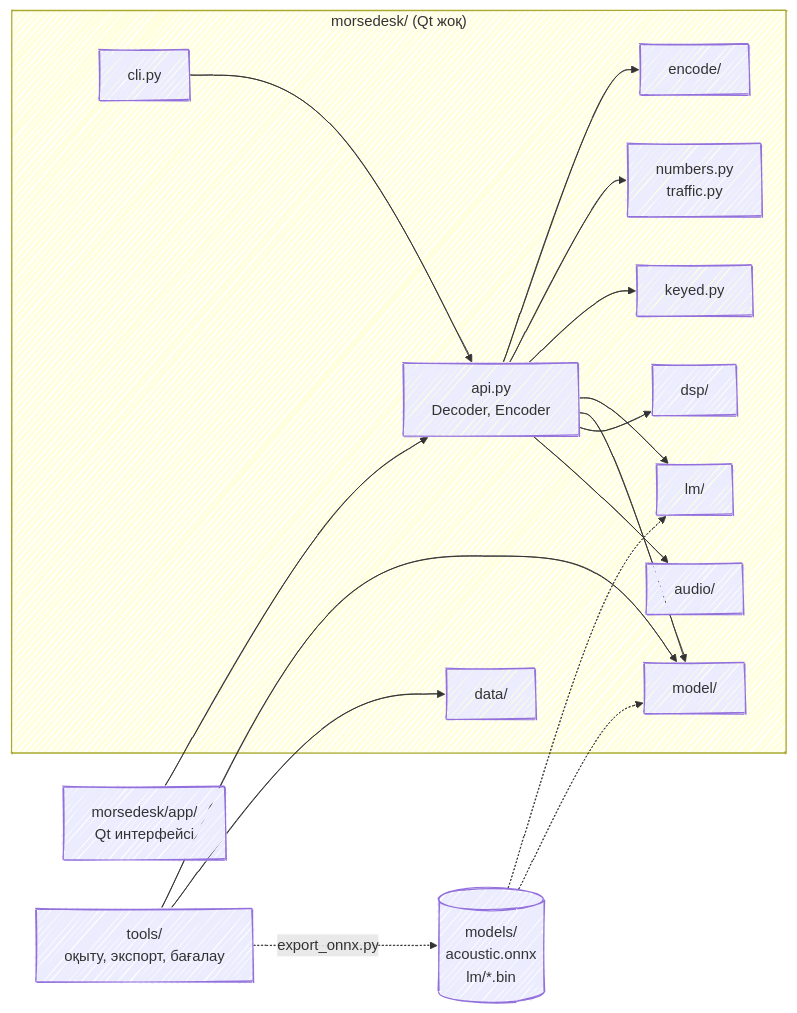
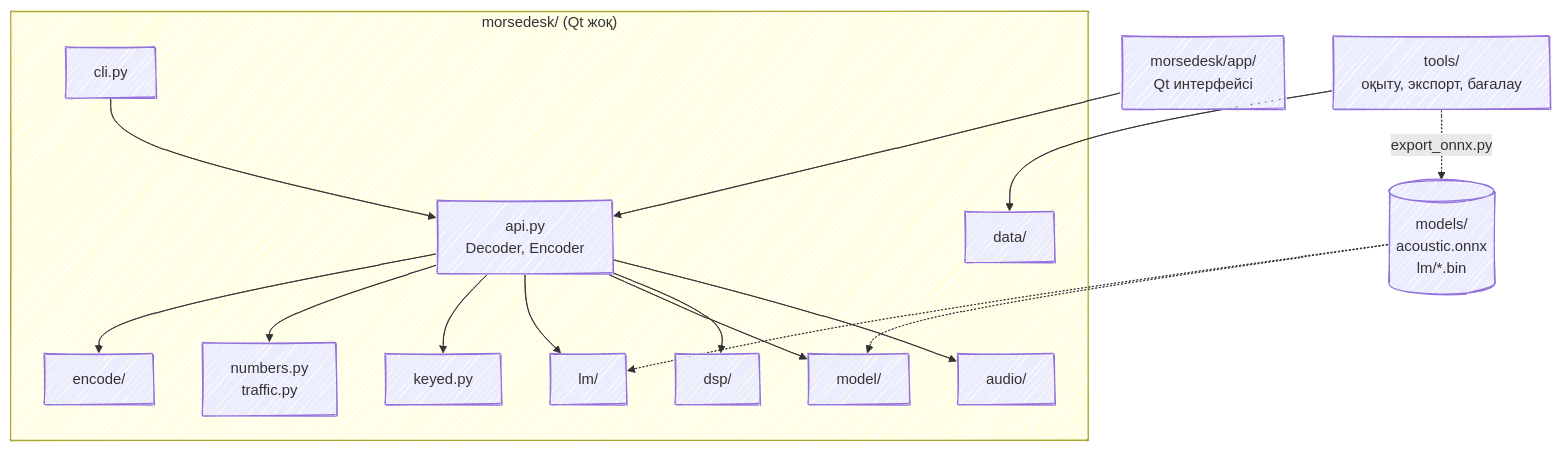
One commit to manh2303code/morsedesk changed the diagram in README.kk.md. Above: the diagram before and after it, drawn with Mermaid. The commit also changed 2 other files, not shown here.

Commit message:
README: đồ thị phụ thuộc vẽ từ trên xuống (api.py tỏa xuống các module)
Bản trái sang phải đặt app/ và tools/ dưới đáy, mũi tên cắt chéo cả khung lõi.

Claude-Session: https://claude.ai/code/session_011pHgLd9ypHm91tS6n5mkvV

````diff
--- a/README.kk.md
+++ b/README.kk.md
@@ -57,24 +57,23 @@
 ```mermaid
 ---
 config:
   look: handDrawn
 ---
-flowchart LR
+flowchart TB
   app["morsedesk/app/<br/>Qt интерфейсі"] --> api
   subgraph core["morsedesk/ (Qt жоқ)"]
     cli["cli.py"] --> api["api.py<br/>Decoder, Encoder"]
     api --> audio["audio/"]
     api --> dsp["dsp/"]
     api --> model["model/"]
     api --> lm["lm/"]
     api --> keyed["keyed.py"]
     api --> traffic["numbers.py<br/>traffic.py"]
     api --> encode["encode/"]
     data["data/"]
   end
-  models[("models/<br/>acoustic.onnx<br/>lm/*.bin")] -.-> model
+  tools["tools/<br/>оқыту, экспорт, бағалау"] --> data
+  tools -.->|export_onnx.py| models[("models/<br/>acoustic.onnx<br/>lm/*.bin")]
+  models -.-> model
   models -.-> lm
-  tools["tools/<br/>оқыту, экспорт, бағалау"] --> data
-  tools --> model
-  tools -. "export_onnx.py" .-> models
 ```
````
